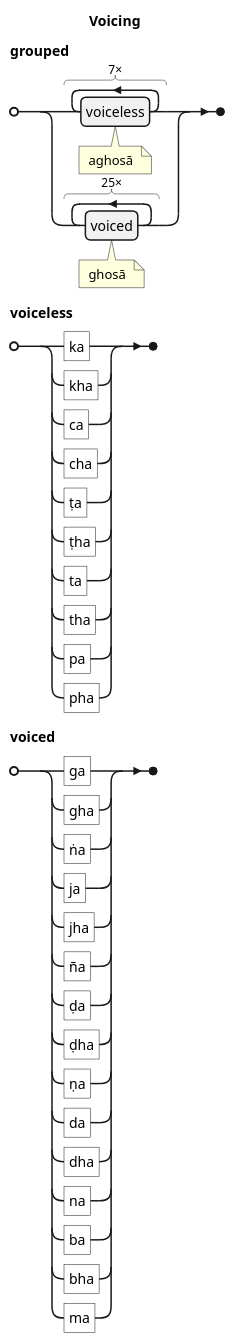
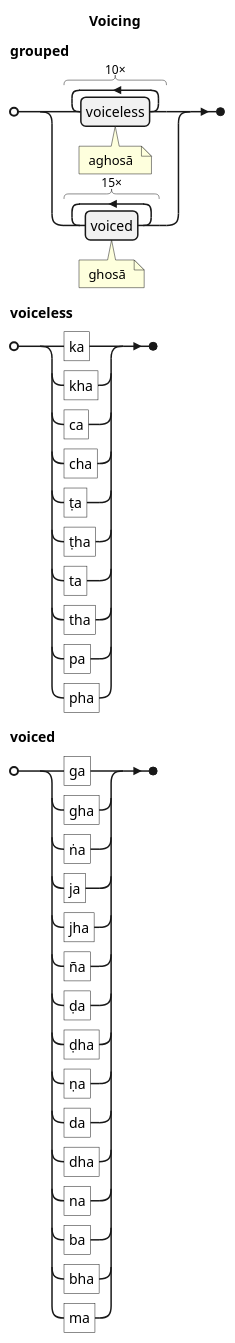
The fourth of 12 diagrams in src/content/docs/Pali Textbook/c-grammar.md (ChristineTham/buddhavacana), drawn with PlantUML before and after one commit. The commit also changed other lines of this file and 52 other files, not shown here.

````diff
--- a/src/content/docs/Pali Textbook/c-grammar.md
+++ b/src/content/docs/Pali Textbook/c-grammar.md
@@ -80,10 +80,10 @@
 ```plantuml
 @startebnf
 Title Voicing
 grouped =
-  7 * voiceless (* aghosā *) |
-  25 * voiced (* ghosā *) ;
+  10 * voiceless (* aghosā *) |
+  15 * voiced (* ghosā *) ;
 voiceless = "ka" | "kha" | "ca" | "cha" | "ṭa" | "ṭha" | "ta" | "tha" | "pa" | "pha" ;
 voiced = "ga" | "gha" | "ṅa" | "ja" | "jha" | "ña" | "ḍa" | "ḍha" | "ṇa" | "da" | "dha" | "na" | "ba" | "bha" | "ma" ;
 @endebnf
 ```
````
